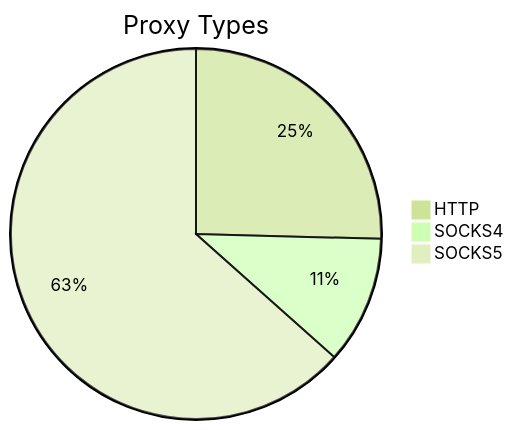
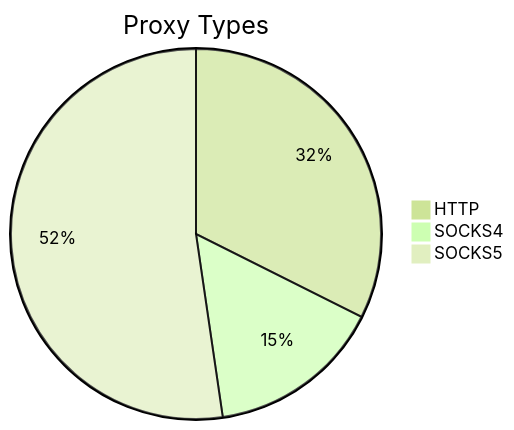
The first of 2 diagrams in README.md (stormsia/proxy-list), drawn with Mermaid (forest theme) before and after one commit. The commit also changed other lines of this file, not shown here.

````diff
--- a/README.md
+++ b/README.md
@@ -21,6 +21,6 @@
 ```mermaid
 pie title Proxy Types
-    "HTTP" : 107
-    "SOCKS4" : 47
-    "SOCKS5" : 267
+    "HTTP" : 91
+    "SOCKS4" : 43
+    "SOCKS5" : 147
 ```
````
